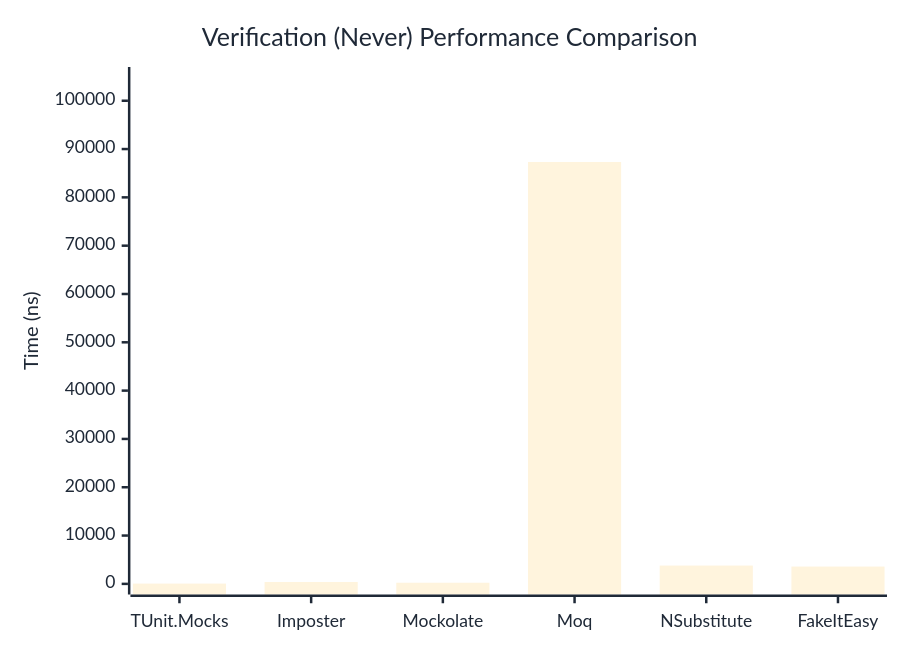
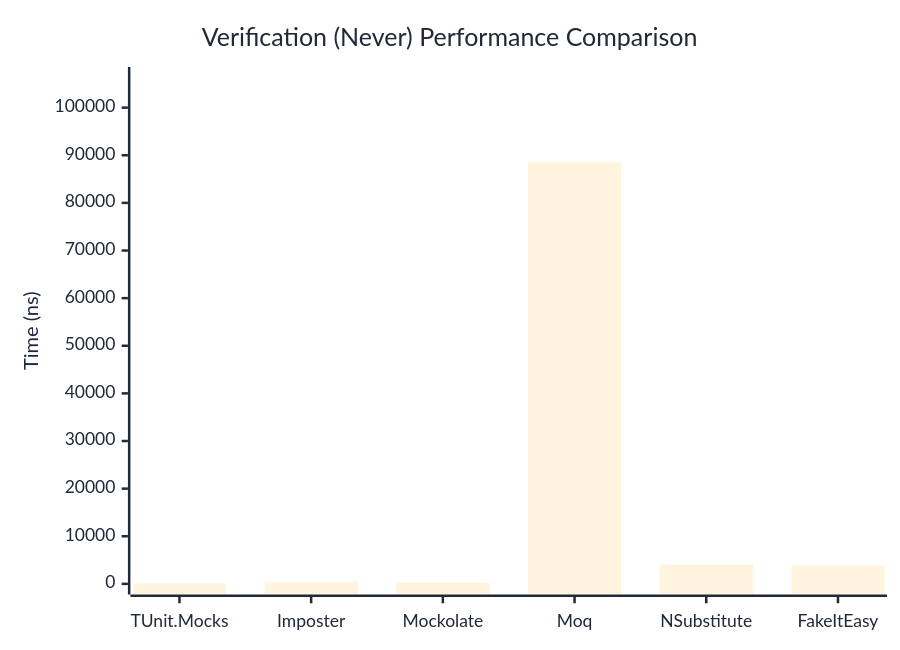
The second of 3 diagrams in docs/docs/benchmarks/mocks/Verification.md (thomhurst/TUnit), drawn with Mermaid before and after one commit. The commit also changed other lines of this file and 14 other files, not shown here.

````diff
--- a/docs/docs/benchmarks/mocks/Verification.md
+++ b/docs/docs/benchmarks/mocks/Verification.md
@@ -71,27 +71,27 @@
 ```mermaid
 %%{init: {
   'theme':'base',
   'themeVariables': {
     'primaryColor': '#2563eb',
     'primaryTextColor': '#1f2937',
     'primaryBorderColor': '#1e40af',
     'lineColor': '#6b7280',
     'secondaryColor': '#7c3aed',
     'tertiaryColor': '#dc2626',
     'background': '#ffffff',
     'pie1': '#2563eb',
     'pie2': '#7c3aed',
     'pie3': '#dc2626',
     'pie4': '#f59e0b',
     'pie5': '#10b981',
     'pie6': '#06b6d4',
     'pie7': '#ec4899',
     'pie8': '#6366f1'
   }
 }}%%
 xychart-beta
   title "Verification (Never) Performance Comparison"
   x-axis ["TUnit.Mocks", "Imposter", "Mockolate", "Moq", "NSubstitute", "FakeItEasy"]
-  y-axis "Time (ns)" 0 --> 104783
-  bar [60.45, 391.3, 238.81, 87318.61, 3789.74, 3583.02]
+  y-axis "Time (ns)" 0 --> 106304
+  bar [60.56, 391.79, 273.21, 88586.43, 4049.92, 3848.64]
 ```
````
